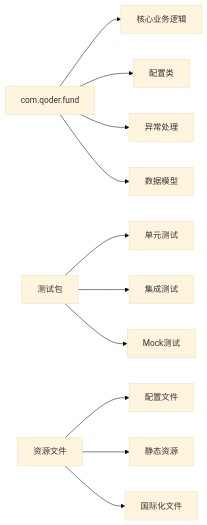
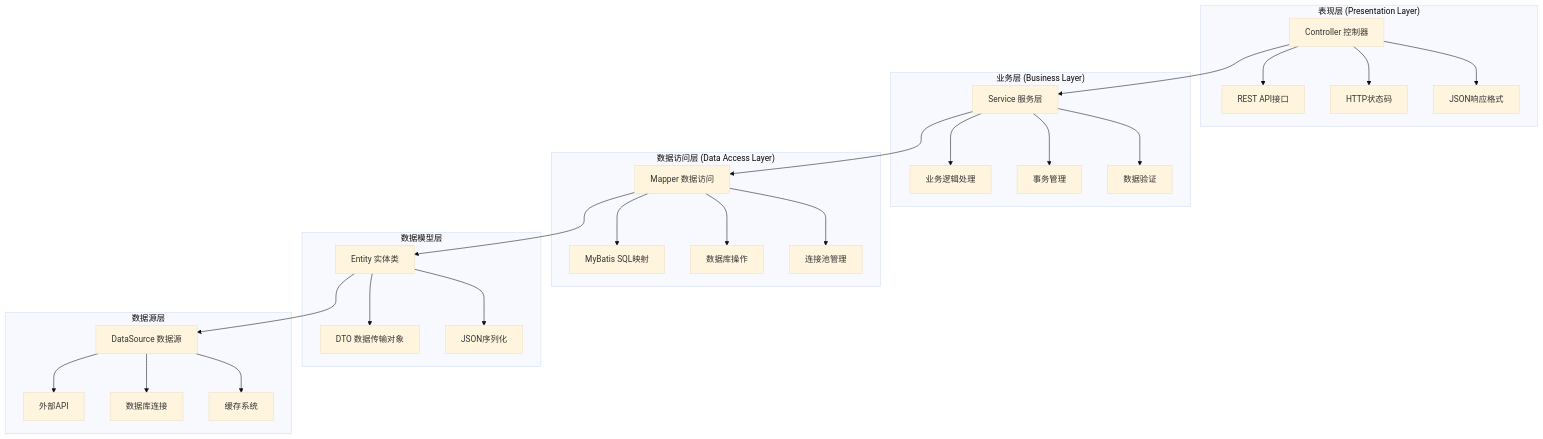
One commit to gree-coder/fund-butler changed diagram 11 of 22 in .qoder/repowiki/zh/content/项目结构详解.md. Above: the diagram before and after it, drawn with Mermaid (base theme). The commit also changed other lines of this file and 10 other files, not shown here.

````diff
--- a/.qoder/repowiki/zh/content/项目结构详解.md
+++ b/.qoder/repowiki/zh/content/项目结构详解.md
@@ -131,13 +488,31 @@
 ```mermaid
-graph LR
-A[com.qoder.fund] --> B[核心业务逻辑]
-A --> C[配置类]
-A --> D[异常处理]
-A --> E[数据模型]
-F[测试包] --> G[单元测试]
-F --> H[集成测试]
-F --> I[Mock测试]
-J[资源文件] --> K[配置文件]
-J --> L[静态资源]
-J --> M[国际化文件]
+graph TB
+subgraph "表现层 (Presentation Layer)"
+A[Controller 控制器] --> B[REST API接口]
+A --> C[HTTP状态码]
+A --> D[JSON响应格式]
+end
+subgraph "业务层 (Business Layer)"
+E[Service 服务层] --> F[业务逻辑处理]
+E --> G[事务管理]
+E --> H[数据验证]
+end
+subgraph "数据访问层 (Data Access Layer)"
+I[Mapper 数据访问] --> J[MyBatis SQL映射]
+I --> K[数据库操作]
+I --> L[连接池管理]
+end
+subgraph "数据模型层"
+M[Entity 实体类] --> N[DTO 数据传输对象]
+M --> O[JSON序列化]
+end
+subgraph "数据源层"
+P[DataSource 数据源] --> Q[外部API]
+P --> R[数据库连接]
+P --> S[缓存系统]
+end
+A --> E
+E --> I
+I --> M
+M --> P
 ```
````
